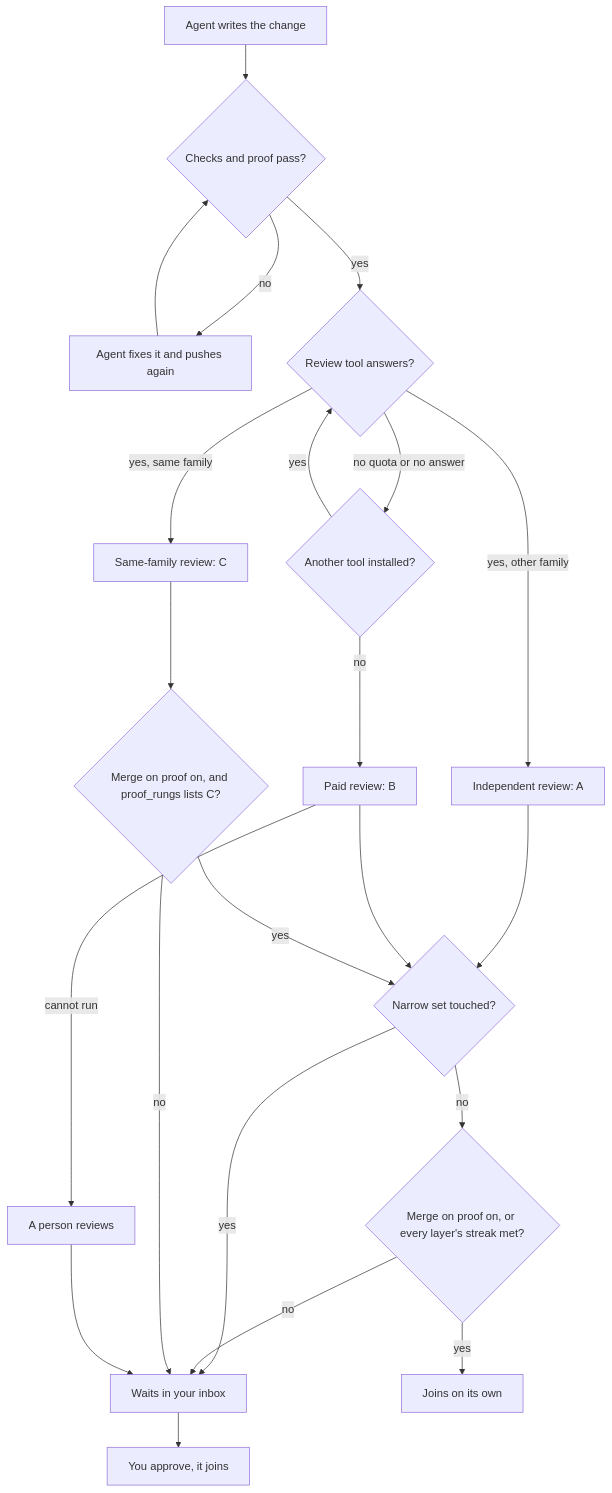
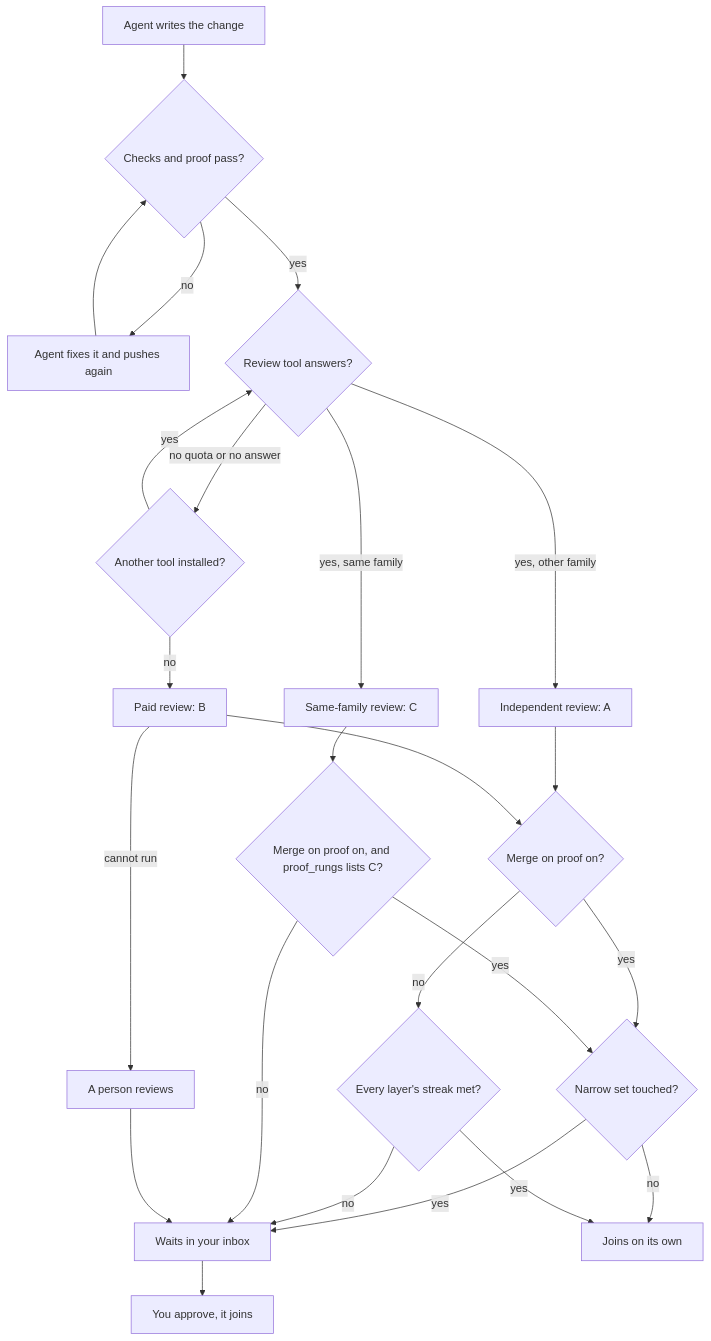
The diagram in docs/releases/v0.3.0.md (rahulnakmol/agentic-ayudha), drawn with Mermaid before and after one commit. The commit also changed other lines of this file and 2 other files, not shown here.

Commit message:
docs(release): say the narrow set holds only with merge on proof on
With proof off, ship does not read the narrow set, so the streak
path can merge a narrow-set change. README, CHANGELOG and the v0.3.0
page now say so, and the diagram checks the narrow set only on the
merge-on-proof branch.

Aayudha-Host: amp
Aayudha-Model: claude-opus-5-5
Amp-Thread-ID: https://ampcode.com/threads/T-01a14f47-25f7-765e-beca-08cf353489ae

````diff
--- a/docs/releases/v0.3.0.md
+++ b/docs/releases/v0.3.0.md
@@ -106,24 +106,26 @@
 ```mermaid
 flowchart TD
     A[Agent writes the change] --> B{Checks and proof pass?}
     B -->|no| R[Agent fixes it and pushes again]
     R --> B
     B -->|yes| D{Review tool answers?}
     D -->|yes, other family| E[Independent review: A]
     D -->|yes, same family| C3[Same-family review: C]
     D -->|no quota or no answer| N{Another tool installed?}
     N -->|yes| D
     N -->|no| F[Paid review: B]
     F -->|cannot run| P[A person reviews]
-    E --> G{Narrow set touched?}
-    F --> G
+    E --> M{Merge on proof on?}
+    F --> M
+    M -->|yes| G{Narrow set touched?}
     G -->|yes| I[Waits in your inbox]
-    G -->|no| K{Merge on proof on, or every layer's streak met?}
-    K -->|yes| H[Joins on its own]
+    G -->|no| H[Joins on its own]
+    M -->|no| K{Every layer's streak met?}
+    K -->|yes| H
     K -->|no| I
     C3 --> Q{Merge on proof on, and proof_rungs lists C?}
     Q -->|yes| G
     Q -->|no| I
     P --> I
     I --> J[You approve, it joins]
 ```
````
